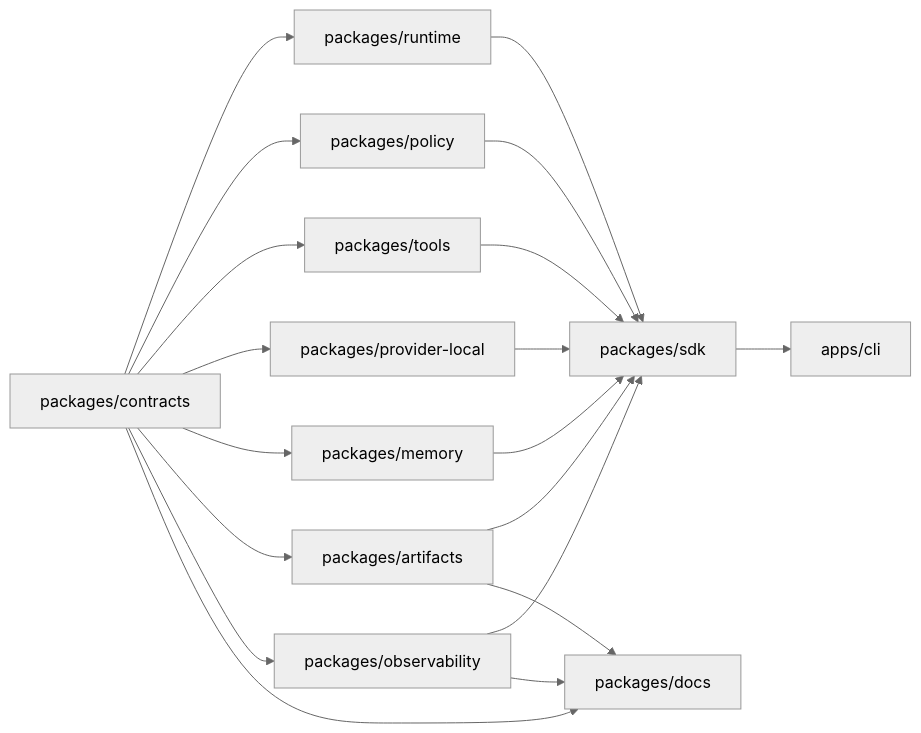
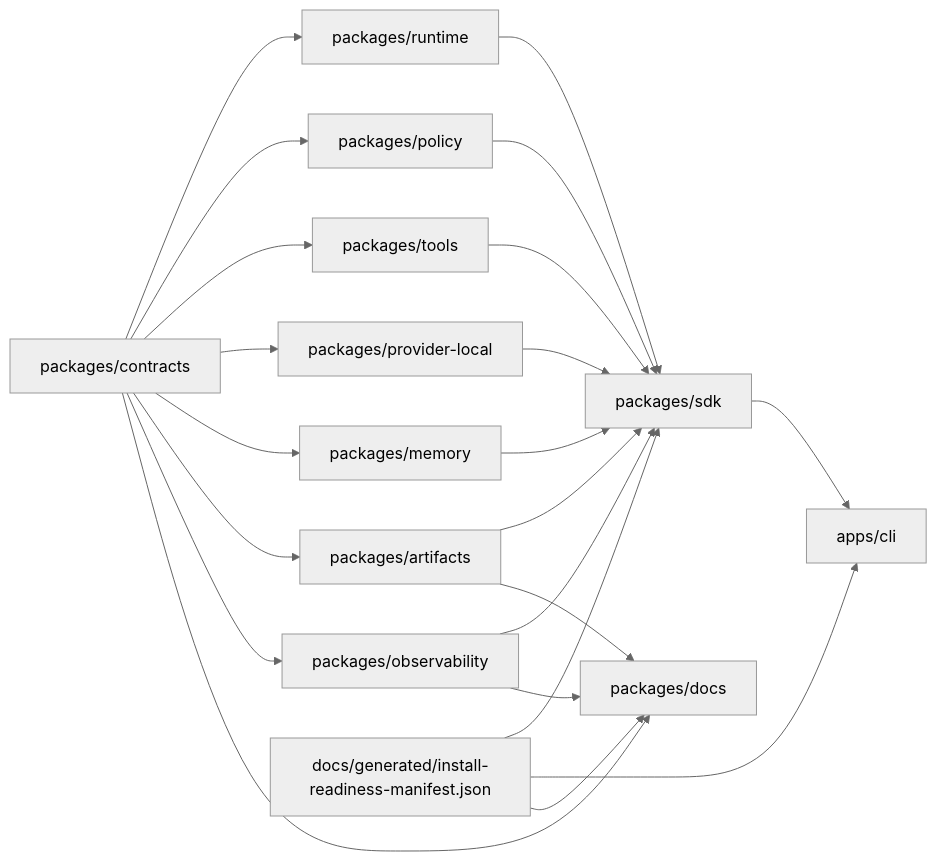
Before and after one commit to JamiStudio/jami-harness: the diagram in apps/docs/system-map.mdx, drawn with Mermaid (neutral theme). The commit also changed other lines of this file and 24 other files, not shown here.

First line of the commit message:
feat(docs): add install readiness manifest

````diff
--- a/apps/docs/system-map.mdx
+++ b/apps/docs/system-map.mdx
@@ -15,32 +15,36 @@
 ```mermaid
 flowchart LR
   contracts[packages/contracts]
   runtime[packages/runtime]
   policy[packages/policy]
   tools[packages/tools]
   provider[packages/provider-local]
   memory[packages/memory]
   artifacts[packages/artifacts]
   observability[packages/observability]
   sdk[packages/sdk]
   cli[apps/cli]
   docs[packages/docs]
   contracts --> runtime
   contracts --> policy
   contracts --> tools
   contracts --> provider
   contracts --> memory
   contracts --> artifacts
   contracts --> observability
   runtime --> sdk
   policy --> sdk
   tools --> sdk
   provider --> sdk
   memory --> sdk
   artifacts --> sdk
   observability --> sdk
   sdk --> cli
+  install[docs/generated/install-readiness-manifest.json]
+  install --> sdk
+  install --> cli
+  install --> docs
   contracts --> docs
   artifacts --> docs
   observability --> docs
 ```
````
